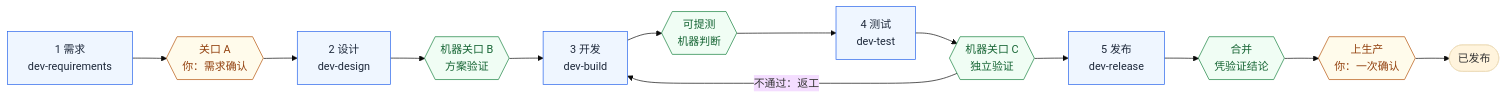
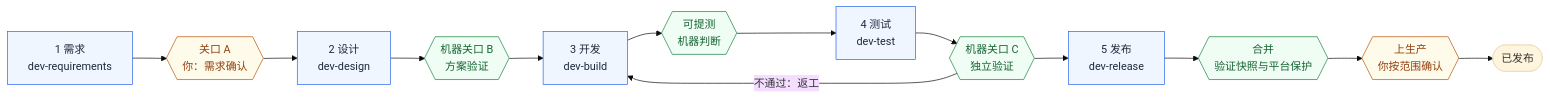
The diagram in README.md (lflish/devflow), drawn with Mermaid (base theme) before and after one commit. The commit also changed other lines of this file and 11 other files, not shown here.

````diff
--- a/README.md
+++ b/README.md
@@ -9,17 +9,17 @@
 ```mermaid
 flowchart LR
     R["1 需求<br/>dev-requirements"] --> A{{"关口 A<br/>你：需求确认"}}
     A --> D["2 设计<br/>dev-design"] --> B{{"机器关口 B<br/>方案验证"}}
     B --> BU["3 开发<br/>dev-build"] --> T0{{"可提测<br/>机器判断"}}
     T0 --> T["4 测试<br/>dev-test"] --> C{{"机器关口 C<br/>独立验证"}}
     C -- "不通过：返工" --> BU
-    C --> RE["5 发布<br/>dev-release"] --> M{{"合并<br/>凭验证结论"}}
-    M --> P{{"上生产<br/>你：一次确认"}} --> DONE(["已发布"])
+    C --> RE["5 发布<br/>dev-release"] --> M{{"合并<br/>验证快照与平台保护"}}
+    M --> P{{"上生产<br/>你按范围确认"}} --> DONE(["已发布"])
 
     classDef human fill:#fffbeb,stroke:#b45309,color:#92400e
     classDef machine fill:#f0fdf4,stroke:#15803d,color:#166534
     classDef stage fill:#eff6ff,stroke:#2563eb,color:#1e293b
     class A,P human
     class B,T0,C,M machine
     class R,D,BU,T,RE stage
 ```
````
